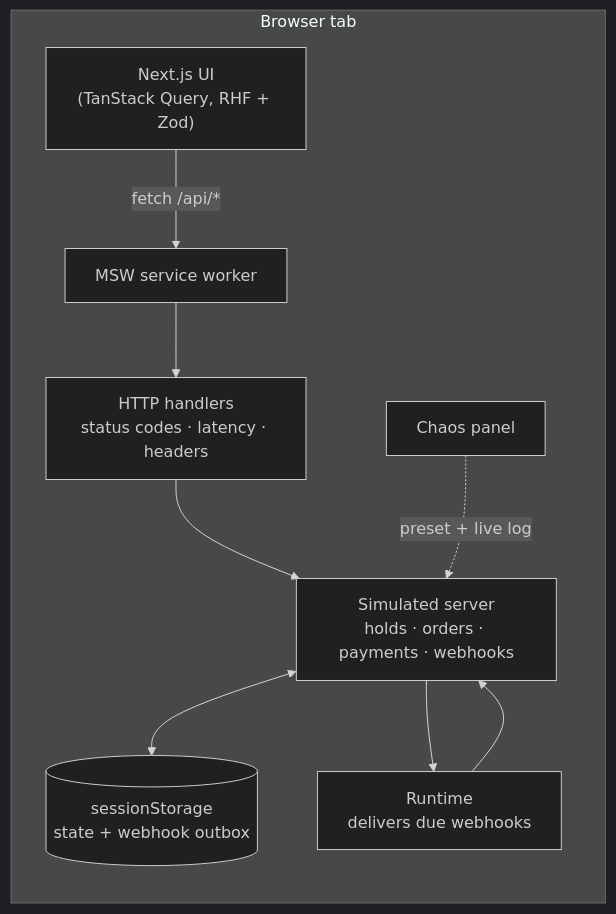
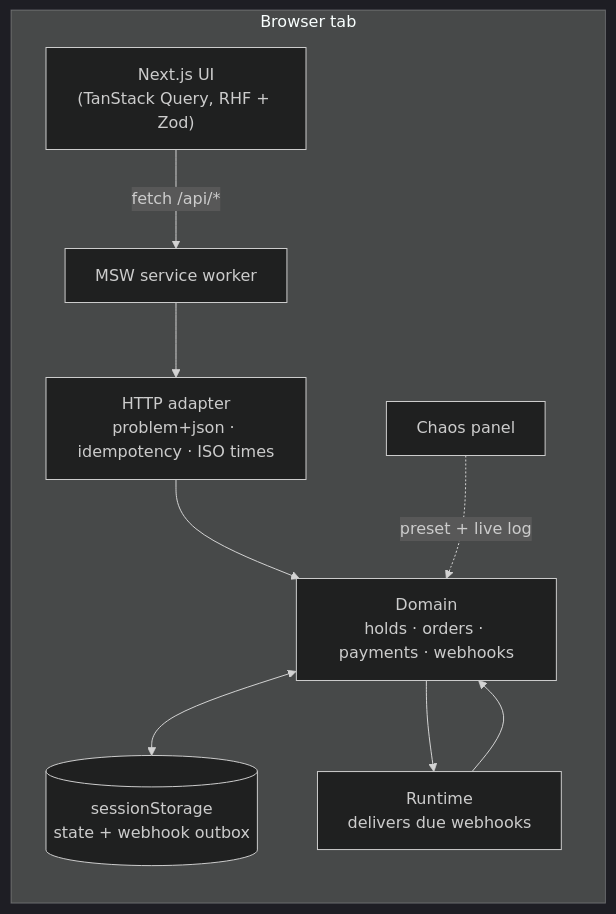
Before and after one commit to kzs2501/admit-one: the first of 2 diagrams in README.md, drawn with Mermaid (dark theme). The commit also changed other lines of this file and 12 other files, not shown here.

First line of the commit message:
docs: architecture, conventions, API reference, decision records and contributing guide

````diff
--- a/README.md
+++ b/README.md
@@ -71,12 +71,12 @@
 ```mermaid
 flowchart LR
   subgraph Browser tab
     UI["Next.js UI<br/>(TanStack Query, RHF + Zod)"] -->|"fetch /api/*"| SW["MSW service worker"]
-    SW --> H["HTTP handlers<br/>status codes · latency · headers"]
-    H --> S["Simulated server<br/>holds · orders · payments · webhooks"]
+    SW --> H["HTTP adapter<br/>problem+json · idempotency · ISO times"]
+    H --> S["Domain<br/>holds · orders · payments · webhooks"]
     S <--> P[("sessionStorage<br/>state + webhook outbox")]
     S --> R["Runtime<br/>delivers due webhooks"]
     R --> S
     C["Chaos panel"] -.->|preset + live log| S
   end
 ```
````
